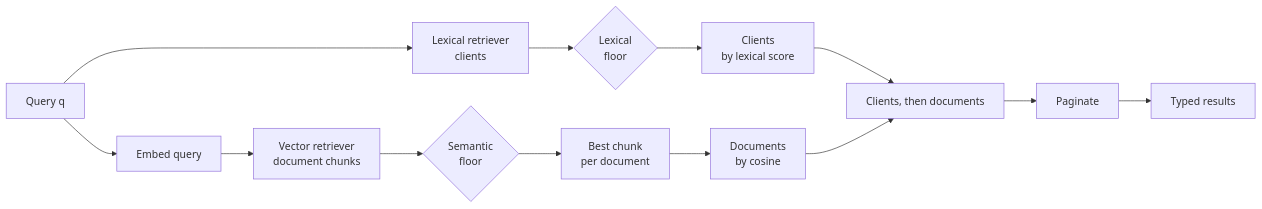
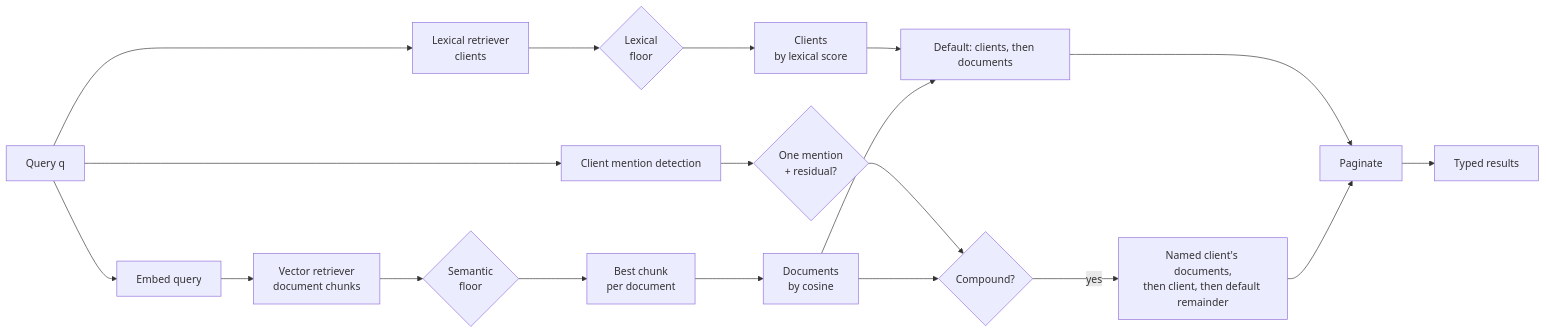
Before and after one commit to TsybulskyStepan/unified-search: the diagram in docs/prd.md, drawn with Mermaid. The commit also changed other lines of this file and 9 other files, not shown here.

````diff
--- a/docs/prd.md
+++ b/docs/prd.md
@@ -185,13 +188,19 @@
 ```mermaid
 flowchart LR
     Q[Query q] --> L[Lexical retriever<br/>clients]
+    Q --> M[Client mention detection]
     Q --> E[Embed query]
     E --> S[Vector retriever<br/>document chunks]
     L --> LF{Lexical<br/>floor}
     S --> SF{Semantic<br/>floor}
     LF --> LR[Clients<br/>by lexical score]
+    M --> MF{One mention<br/>+ residual?}
     SF --> B[Best chunk<br/>per document] --> SR[Documents<br/>by cosine]
-    LR --> D[Clients, then documents]
+    LR --> D[Default: clients, then documents]
     SR --> D
+    MF --> C{Compound?}
+    SR --> C
+    C -->|yes| N[Named client's documents,<br/>then client, then default remainder]
     D --> P[Paginate] --> R[Typed results]
+    N --> P
 ```
````
